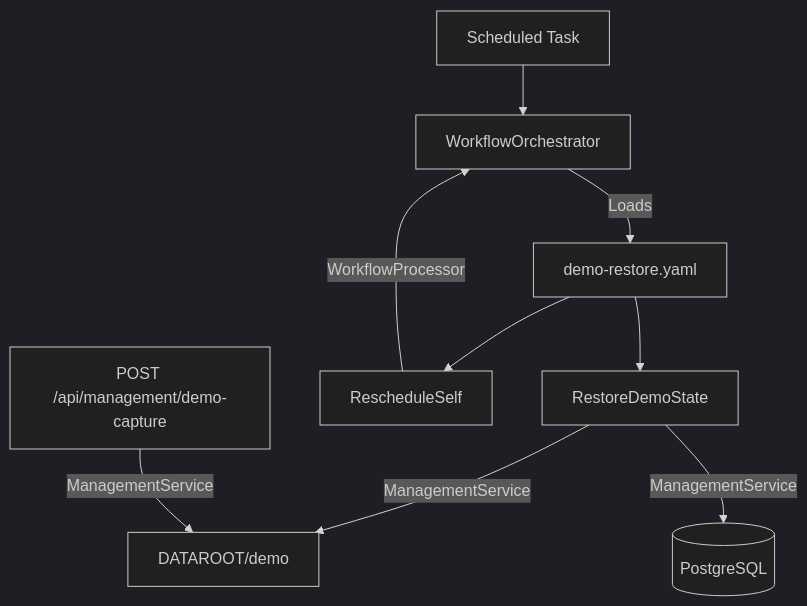
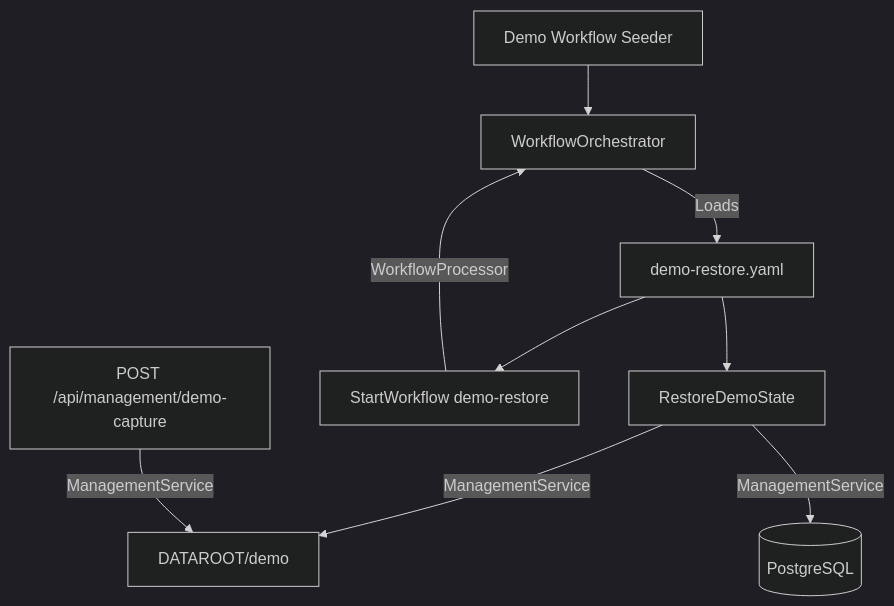
The diagram in .kiro/specs/demo-mode/design.md (AlexandreBrisebois/whats-for-supper), drawn with Mermaid (dark theme) before and after one commit. The commit also changed other lines of this file and 51 other files, not shown here.

Commit message:
feat: implement demo mode with state capture/restore workflows and access restrictions

````diff
--- a/.kiro/specs/demo-mode/design.md
+++ b/.kiro/specs/demo-mode/design.md
@@ -7,13 +7,13 @@
 ```mermaid
 graph TD
     Capture[POST /api/management/demo-capture] -->|ManagementService| FS[DATAROOT/demo]
     
-    Schedule[Scheduled Task] --> Orchestrator[WorkflowOrchestrator]
+    Schedule[Demo Workflow Seeder] --> Orchestrator[WorkflowOrchestrator]
     Orchestrator -->|Loads| YAML[demo-restore.yaml]
     YAML --> Task1[RestoreDemoState]
-    YAML --> Task2[RescheduleSelf]
+    YAML --> Task2[StartWorkflow demo-restore]
     
     Task1 -->|ManagementService| DB[(PostgreSQL)]
     Task1 -->|ManagementService| FS
     Task2 -->|WorkflowProcessor| Orchestrator
 ```
````
